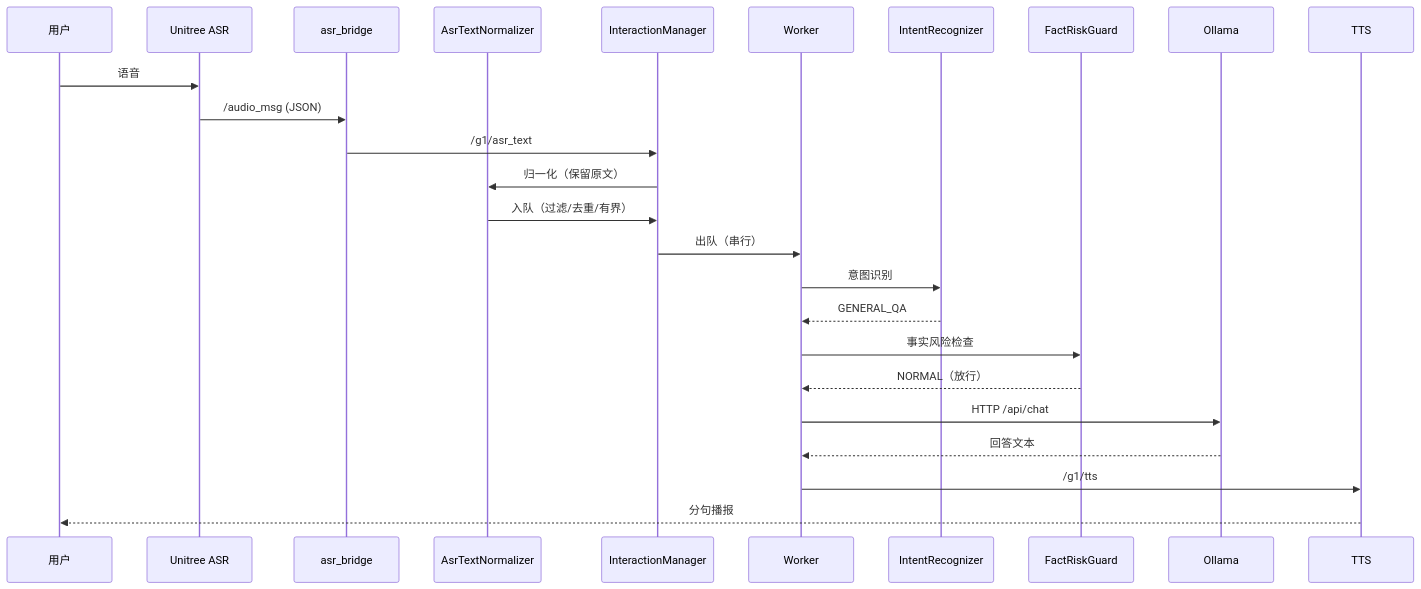
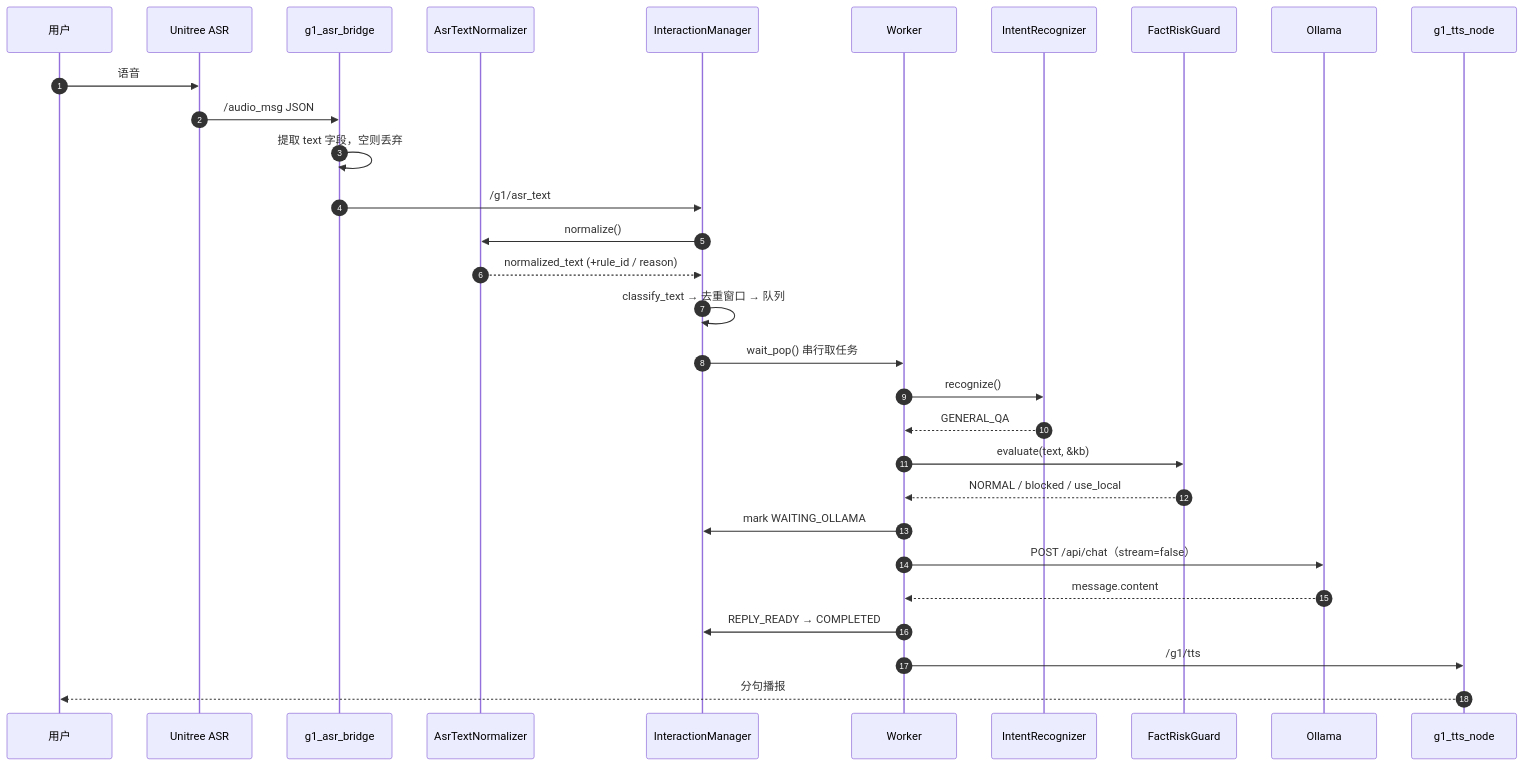
Before and after one commit to CJWDDHCSJ/g1_dev: the second of 4 diagrams in releases/G1-EDU-Smart-Reception-V1.0/docs/architecture/interaction_sequence.md, drawn with Mermaid. The commit also changed other lines of this file and 51 other files, not shown here.

````diff
--- a/releases/G1-EDU-Smart-Reception-V1.0/docs/architecture/interaction_sequence.md
+++ b/releases/G1-EDU-Smart-Reception-V1.0/docs/architecture/interaction_sequence.md
@@ -5,27 +44,33 @@
 ```mermaid
 sequenceDiagram
+    autonumber
     participant U as 用户
     participant A as Unitree ASR
-    participant B as asr_bridge
+    participant B as g1_asr_bridge
     participant N as AsrTextNormalizer
     participant M as InteractionManager
     participant W as Worker
     participant I as IntentRecognizer
     participant G as FactRiskGuard
     participant O as Ollama
-    participant T as TTS
+    participant T as g1_tts_node
+
     U->>A: 语音
-    A->>B: /audio_msg (JSON)
+    A->>B: /audio_msg JSON
+    B->>B: 提取 text 字段，空则丢弃
     B->>M: /g1/asr_text
-    M->>N: 归一化（保留原文）
-    N->>M: 入队（过滤/去重/有界）
-    M->>W: 出队（串行）
-    W->>I: 意图识别
+    M->>N: normalize()
+    N-->>M: normalized_text (+rule_id / reason)
+    M->>M: classify_text → 去重窗口 → 队列
+    M->>W: wait_pop() 串行取任务
+    W->>I: recognize()
     I-->>W: GENERAL_QA
-    W->>G: 事实风险检查
-    G-->>W: NORMAL（放行）
-    W->>O: HTTP /api/chat
-    O-->>W: 回答文本
+    W->>G: evaluate(text, &kb)
+    G-->>W: NORMAL / blocked / use_local
+    W->>M: mark WAITING_OLLAMA
+    W->>O: POST /api/chat（stream=false）
+    O-->>W: message.content
+    W->>M: REPLY_READY → COMPLETED
     W->>T: /g1/tts
     T-->>U: 分句播报
 ```
````
